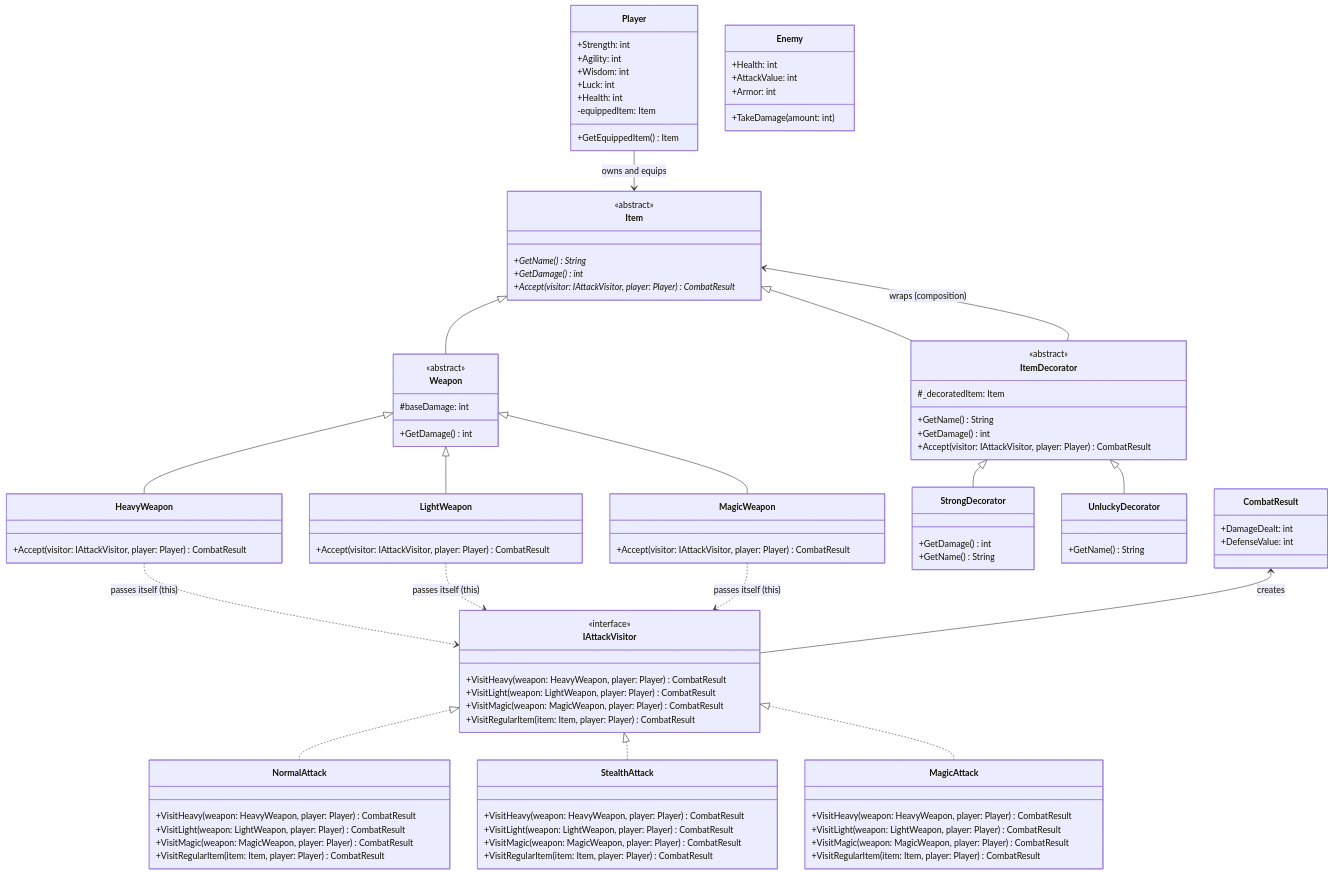
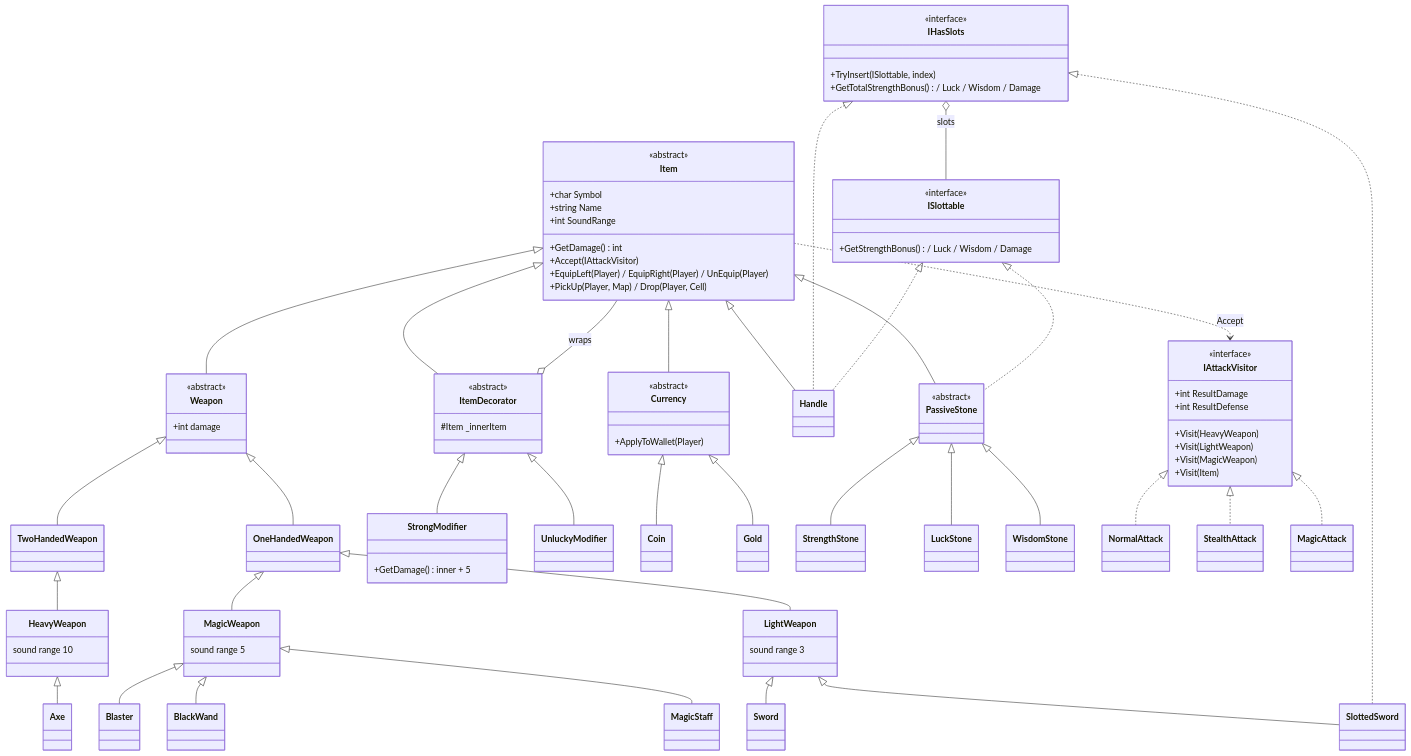
One commit to anniigr/Console-RPG changed the fourth of 6 diagrams in Readme.md. Above: the diagram before and after it, drawn with Mermaid. The commit also changed other lines of this file and 6 other files, not shown here.

Commit message:
Rewrite README with real screenshots, verified architecture docs and known issues

````diff
--- a/Readme.md
+++ b/Readme.md
@@ -265,115 +245,98 @@
 ```mermaid
 classDiagram
-    %% ==========================================
-    %% DECORATOR PATTERN (Item Modifiers)
-    %% ==========================================
+    direction TB
     class Item {
         <<abstract>>
-        +GetName() String*
-        +GetDamage() int*
-        +Accept(visitor: IAttackVisitor, player: Player) CombatResult*
+        +char Symbol
+        +string Name
+        +int SoundRange
+        +GetDamage() int
+        +Accept(IAttackVisitor)
+        +EquipLeft(Player) / EquipRight(Player) / UnEquip(Player)
+        +PickUp(Player, Map) / Drop(Player, Cell)
+    }
+    class Currency {
+        <<abstract>>
+        +ApplyToWallet(Player)
+    }
+    class Weapon {
+        <<abstract>>
+        +int damage
+    }
+    class OneHandedWeapon
+    class TwoHandedWeapon
+    class LightWeapon {
+        sound range 3
+    }
+    class HeavyWeapon {
+        sound range 10
+    }
+    class MagicWeapon {
+        sound range 5
+    }
+    class ItemDecorator {
+        <<abstract>>
+        #Item _innerItem
+    }
+    class StrongModifier {
+        +GetDamage() inner + 5
+    }
+    class UnluckyModifier
+    class IHasSlots {
+        <<interface>>
+        +TryInsert(ISlottable, index)
+        +GetTotalStrengthBonus() / Luck / Wisdom / Damage
+    }
+    class ISlottable {
+        <<interface>>
+        +GetStrengthBonus() / Luck / Wisdom / Damage
+    }
+    class SlottedSword
+    class Handle
+    class PassiveStone {
+        <<abstract>>
+    }
+    class IAttackVisitor {
+        <<interface>>
+        +int ResultDamage
+        +int ResultDefense
+        +Visit(HeavyWeapon)
+        +Visit(LightWeapon)
+        +Visit(MagicWeapon)
+        +Visit(Item)
     }
 
-    class Weapon {
-        <<abstract>>
-        #baseDamage: int
-        +GetDamage() int
-    }
+    Item <|-- Currency
     Item <|-- Weapon
-
-    class HeavyWeapon {
-        +Accept(visitor: IAttackVisitor, player: Player) CombatResult
-    }
-    class LightWeapon {
-        +Accept(visitor: IAttackVisitor, player: Player) CombatResult
-    }
-    class MagicWeapon {
-        +Accept(visitor: IAttackVisitor, player: Player) CombatResult
-    }
-    Weapon <|-- HeavyWeapon
-    Weapon <|-- LightWeapon
-    Weapon <|-- MagicWeapon
-
-    class ItemDecorator {
-        <<abstract>>
-        #_decoratedItem: Item
-        +GetName() String
-        +GetDamage() int
-        +Accept(visitor: IAttackVisitor, player: Player) CombatResult
-    }
     Item <|-- ItemDecorator
-    ItemDecorator --> Item : wraps (composition)
-
-    class StrongDecorator {
-        +GetDamage() int
-        +GetName() String
-    }
-    class UnluckyDecorator {
-        +GetName() String
-    }
-    ItemDecorator <|-- StrongDecorator
-    ItemDecorator <|-- UnluckyDecorator
-
-    %% ==========================================
-    %% VISITOR PATTERN (Attack and Combat Strategies)
-    %% ==========================================
-    class IAttackVisitor {
-        <<interface>>
-        +VisitHeavy(weapon: HeavyWeapon, player: Player) CombatResult
-        +VisitLight(weapon: LightWeapon, player: Player) CombatResult
-        +VisitMagic(weapon: MagicWeapon, player: Player) CombatResult
-        +VisitRegularItem(item: Item, player: Player) CombatResult
-    }
-
-    class NormalAttack {
-        +VisitHeavy(weapon: HeavyWeapon, player: Player) CombatResult
-        +VisitLight(weapon: LightWeapon, player: Player) CombatResult
-        +VisitMagic(weapon: MagicWeapon, player: Player) CombatResult
-        +VisitRegularItem(item: Item, player: Player) CombatResult
-    }
-    class StealthAttack {
-        +VisitHeavy(weapon: HeavyWeapon, player: Player) CombatResult
-        +VisitLight(weapon: LightWeapon, player: Player) CombatResult
-        +VisitMagic(weapon: MagicWeapon, player: Player) CombatResult
-        +VisitRegularItem(item: Item, player: Player) CombatResult
-    }
-    class MagicAttack {
-        +VisitHeavy(weapon: HeavyWeapon, player: Player) CombatResult
-        +VisitLight(weapon: LightWeapon, player: Player) CombatResult
-        +VisitMagic(weapon: MagicWeapon, player: Player) CombatResult
-        +VisitRegularItem(item: Item, player: Player) CombatResult
-    }
+    Item <|-- Handle
+    Item <|-- PassiveStone
+    Currency <|-- Coin
+    Currency <|-- Gold
+    Weapon <|-- OneHandedWeapon
+    Weapon <|-- TwoHandedWeapon
+    OneHandedWeapon <|-- LightWeapon
+    OneHandedWeapon <|-- MagicWeapon
+    TwoHandedWeapon <|-- HeavyWeapon
+    LightWeapon <|-- Sword
+    LightWeapon <|-- SlottedSword
+    HeavyWeapon <|-- Axe
+    MagicWeapon <|-- MagicStaff
+    MagicWeapon <|-- BlackWand
+    MagicWeapon <|-- Blaster
+    ItemDecorator <|-- StrongModifier
+    ItemDecorator <|-- UnluckyModifier
+    ItemDecorator o-- Item : wraps
+    IHasSlots <|.. SlottedSword
+    IHasSlots <|.. Handle
+    ISlottable <|.. Handle
+    ISlottable <|.. PassiveStone
+    PassiveStone <|-- StrengthStone
+    PassiveStone <|-- LuckStone
+    PassiveStone <|-- WisdomStone
+    IHasSlots o-- ISlottable : slots
     IAttackVisitor <|.. NormalAttack
     IAttackVisitor <|.. StealthAttack
     IAttackVisitor <|.. MagicAttack
-
-    %% ==========================================
-    %% ENTITIES AND GAMEPLAY SYSTEM
-    %% ==========================================
-    class Player {
-        +Strength: int
-        +Agility: int
-        +Wisdom: int
-        +Luck: int
-        +Health: int
-        -equippedItem: Item
-        +GetEquippedItem() Item
-    }
-    class Enemy {
-        +Health: int
-        +AttackValue: int
-        +Armor: int
-        +TakeDamage(amount: int)
-    }
-    class CombatResult {
-        +DamageDealt: int
-        +DefenseValue: int
-    }
-
-    CombatResult <-- IAttackVisitor : creates
-    Player --> Item : owns and equips
-    HeavyWeapon ..> IAttackVisitor : passes itself (this)
-    LightWeapon ..> IAttackVisitor : passes itself (this)
-    MagicWeapon ..> IAttackVisitor : passes itself (this)
-
+    Item ..> IAttackVisitor : Accept
 ```
````
